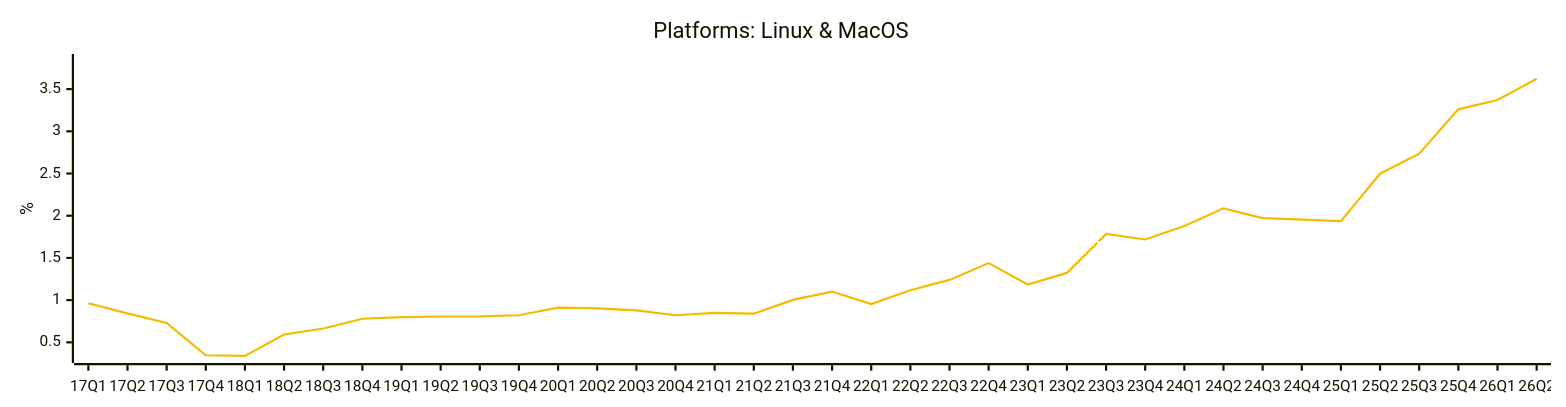
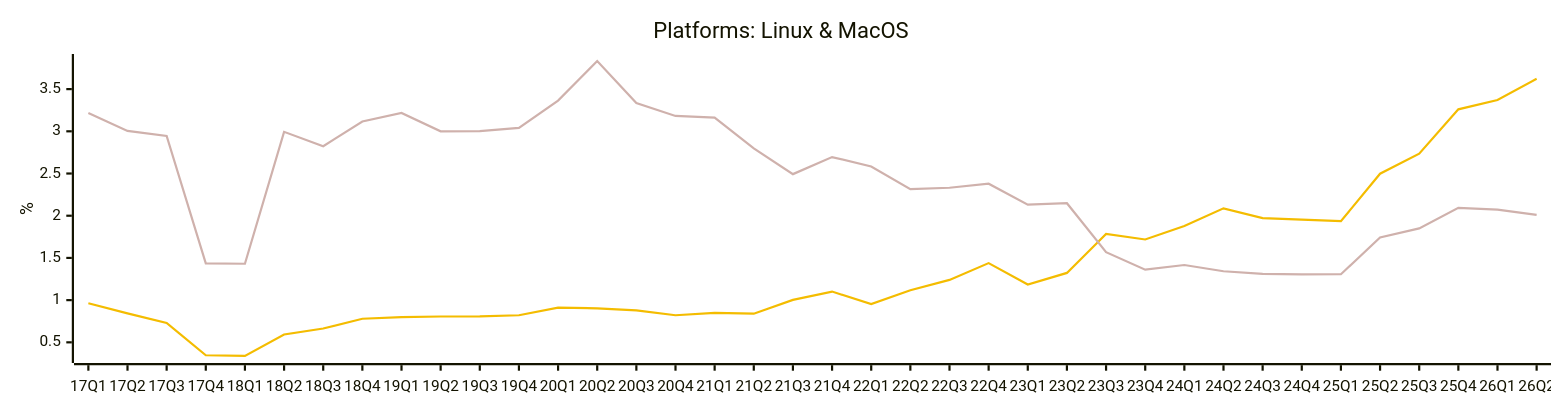
Before and after one commit to jdegene/steamHWsurvey: diagram 14 of 31 in README.md, drawn with Mermaid. The commit also changed other lines of this file and 1 other file, not shown here.

Commit message:
changed white lines in mermaid diagrams to light brown

````diff
--- a/README.md
+++ b/README.md
@@ -470,20 +470,20 @@
 ```mermaid
 ---
 config:
     xyChart:
         width: 1400
         height: 350
         
     themeVariables:
         xyChart:
-            plotColorPalette: "#F4BC00,#FFFFFF"
+            plotColorPalette: "#F4BC00,#cfb1ac"
 
 --- 
 
 xychart-beta
     title "Platforms: Linux & MacOS"
     x-axis [17Q1, 17Q2, 17Q3, 17Q4, 18Q1, 18Q2, 18Q3, 18Q4, 19Q1, 19Q2, 19Q3, 19Q4, 20Q1, 20Q2, 20Q3, 20Q4, 21Q1, 21Q2, 21Q3, 21Q4, 22Q1, 22Q2, 22Q3, 22Q4, 23Q1, 23Q2, 23Q3, 23Q4, 24Q1, 24Q2, 24Q3, 24Q4, 25Q1, 25Q2, 25Q3, 25Q4, 26Q1, 26Q2]
     y-axis "%" 
     line [0.9629629629629629, 0.8423321167084589, 0.7295250063832225, 0.34668011817717975, 0.3398441306938039, 0.593525424245181, 0.6635581054241466, 0.7792481571540832, 0.7990978622832221, 0.8058119058824723, 0.8067585706598311, 0.8207457332870973, 0.9099957124504154, 0.9030286917823623, 0.8788043122276098, 0.8207647312985304, 0.849437247823317, 0.8395141763634049, 1.0026071423190688, 1.101331564818539, 0.9541877779899417, 1.1169806037716354, 1.239522611427655, 1.4385604115105164, 1.1853985164006193, 1.322420043350276, 1.7838913196090922, 1.7184094503474305, 1.8789606726989219, 2.0875864781679585, 1.9709605011684648, 1.9549152742872884, 1.9352274566892893, 2.4976579929159386, 2.734377001977596, 3.2605972734749162, 3.3708209433303082, 3.621794871794875]
     line [3.216630196936543, 3.004129474095911, 2.9447565259599298, 1.435682107395198, 1.430910150994627, 2.9938298498795453, 2.823870594502083, 3.1158821949711433, 3.217267240929559, 3.0001411831144997, 3.002216244907254, 3.040510286507167, 3.364364205649554, 3.832442067736185, 3.3352458205559405, 3.181915313214408, 3.1630112200550875, 2.7983351630961173, 2.49275301274799, 2.6943252265140676, 2.583985782083982, 2.313946216385241, 2.331434627102927, 2.379708991408111, 2.1308509808416556, 2.1483948101606822, 1.5676751098470096, 1.361030106909568, 1.4162036189390939, 1.3421722666974256, 1.3103909436762908, 1.3046685143432795, 1.30661898329446, 1.7428606096422532, 1.850120918737636, 2.0933264346933806, 2.071167671088301, 2.0104771343621697]
 ``` 
````
